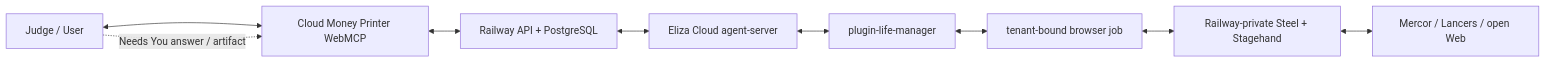
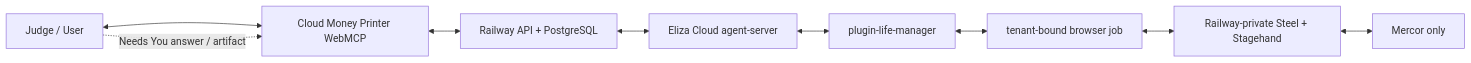
The first of 2 diagrams in docs/superpowers/specs/2026-08-28-webmcp-challenge-winning-contract.md (Daisuke134/anicca), drawn with Mermaid before and after one commit. The commit also changed other lines of this file, not shown here.

Commit message:
docs(money-printer): scope hackathon product to Mercor

````diff
--- a/docs/superpowers/specs/2026-08-28-webmcp-challenge-winning-contract.md
+++ b/docs/superpowers/specs/2026-08-28-webmcp-challenge-winning-contract.md
@@ -488,11 +488,11 @@
 ```mermaid
 flowchart LR
   U[Judge / User] <--> MP[Cloud Money Printer WebMCP]
   MP <--> API[Railway API + PostgreSQL]
   API <--> ELZ[Eliza Cloud agent-server]
   ELZ <--> LM[plugin-life-manager]
   LM <--> BJ[tenant-bound browser job]
   BJ <--> ST[Railway-private Steel + Stagehand]
-  ST <--> MER[Mercor / Lancers / open Web]
+  ST <--> MER[Mercor only]
   U -. Needs You answer / artifact .-> MP
 ```
````
